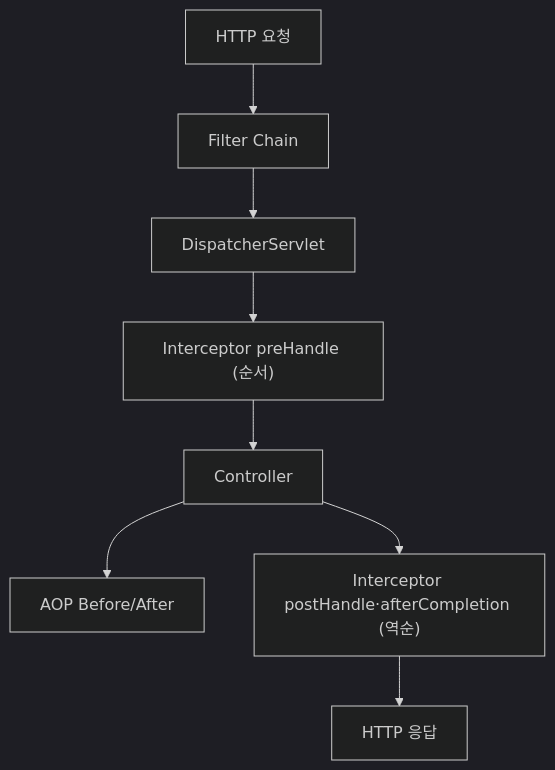
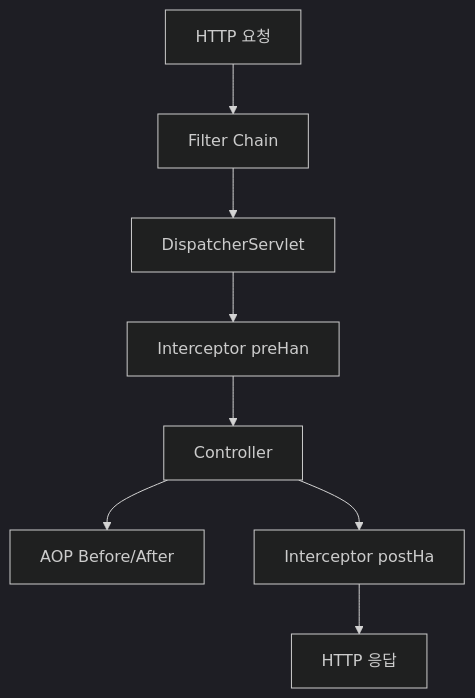
The first of 8 diagrams in _posts/spring/2026-05-02-spring-interceptor.md (yjkim2015/yjkim2015.github.io), drawn with Mermaid (dark theme) before and after one commit. The commit also changed other lines of this file and 271 other files, not shown here.

First line of the commit message:
Mermaid 라벨 축소: 긴 노드 텍스트 18자 이하로 트림 + \n 제거

````diff
--- a/_posts/spring/2026-05-02-spring-interceptor.md
+++ b/_posts/spring/2026-05-02-spring-interceptor.md
@@ -127,10 +127,10 @@
 ```mermaid
 graph TB
     A[HTTP 요청] --> B["Filter Chain"]
     B --> C[DispatcherServlet]
-    C --> D["Interceptor preHandle (순서)"]
+    C --> D["Interceptor preHan"]
     D --> E[Controller]
     E --> F["AOP Before/After"]
-    E --> G["Interceptor postHandle·afterCompletion (역순)"]
+    E --> G["Interceptor postHa"]
     G --> H[HTTP 응답]
 ```
````
